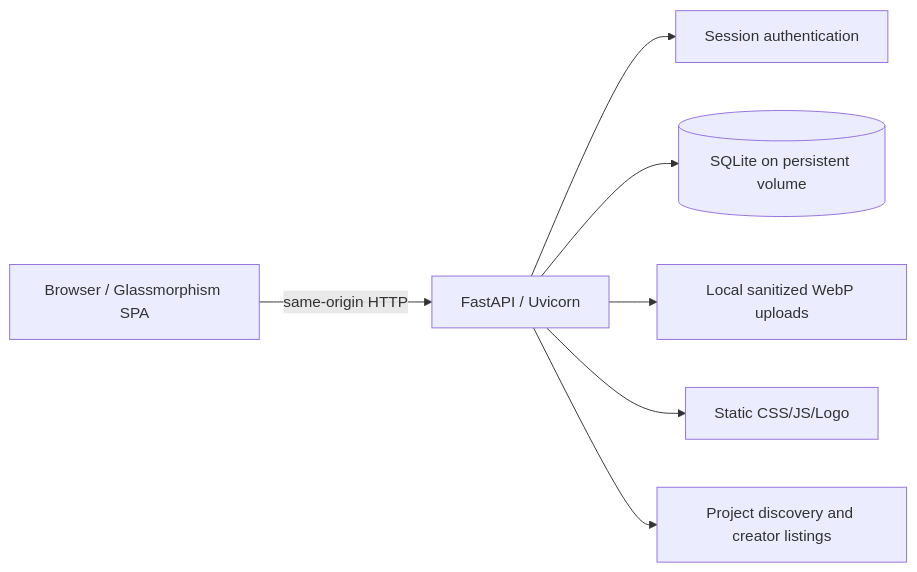
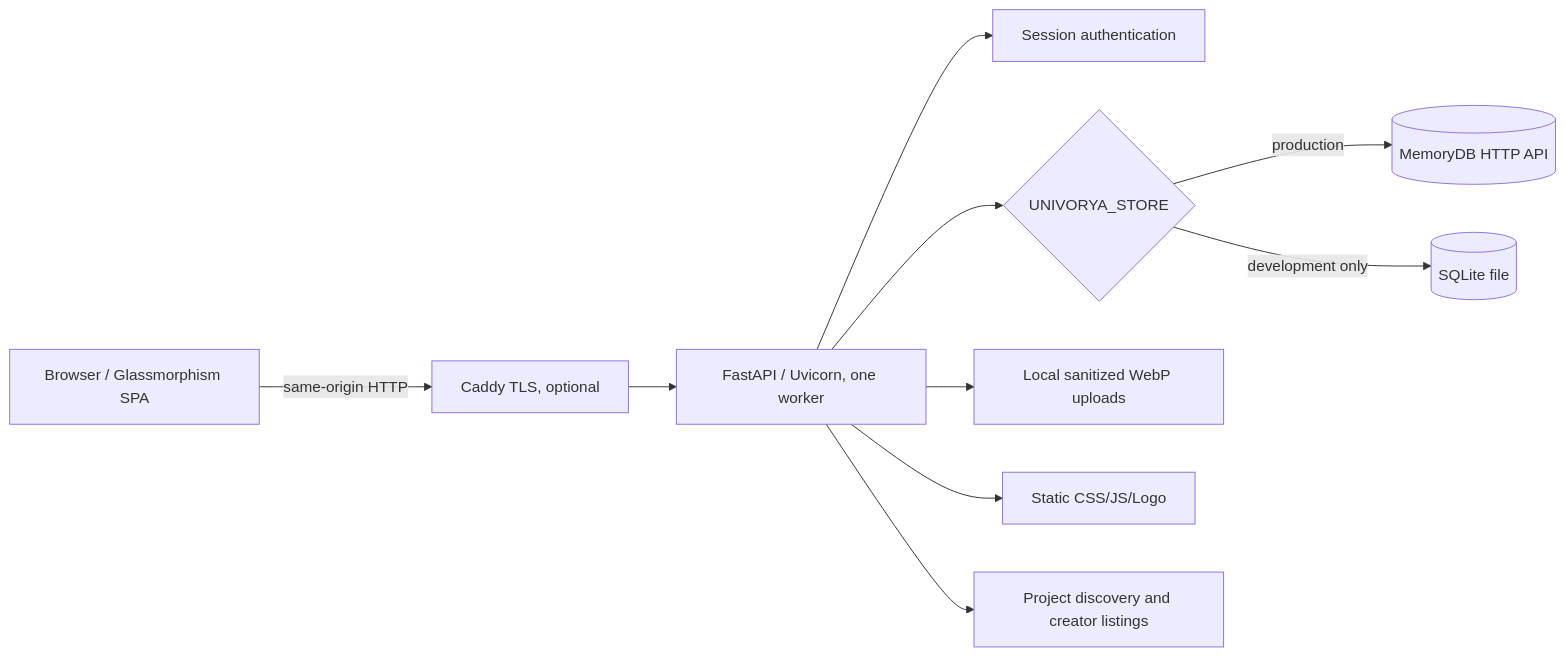
One commit to humaniods/univorya changed the diagram in docs/ARCHITECTURE.md. Above: the diagram before and after it, drawn with Mermaid. The commit also changed other lines of this file and 33 other files, not shown here.

````diff
--- a/docs/ARCHITECTURE.md
+++ b/docs/ARCHITECTURE.md
@@ -3,9 +3,12 @@
 ```mermaid
 flowchart LR
-  Visitor[Browser / Glassmorphism SPA] -->|same-origin HTTP| API[FastAPI / Uvicorn]
+  Visitor[Browser / Glassmorphism SPA] -->|same-origin HTTP| Proxy[Caddy TLS, optional]
+  Proxy --> API[FastAPI / Uvicorn, one worker]
   API --> Auth[Session authentication]
-  API --> SQL[(SQLite on persistent volume)]
+  API --> Store{UNIVORYA_STORE}
+  Store -->|production| MDB[(MemoryDB HTTP API)]
+  Store -->|development only| SQL[(SQLite file)]
   API --> Img[Local sanitized WebP uploads]
   API --> Static[Static CSS/JS/Logo]
   API --> Search[Project discovery and creator listings]
 ```
````
